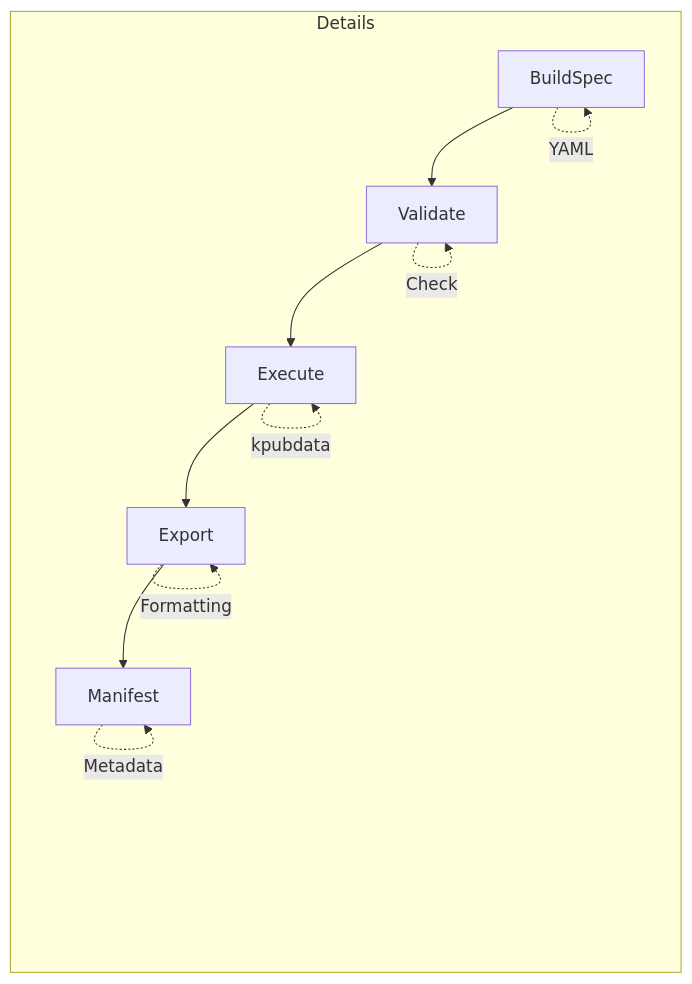
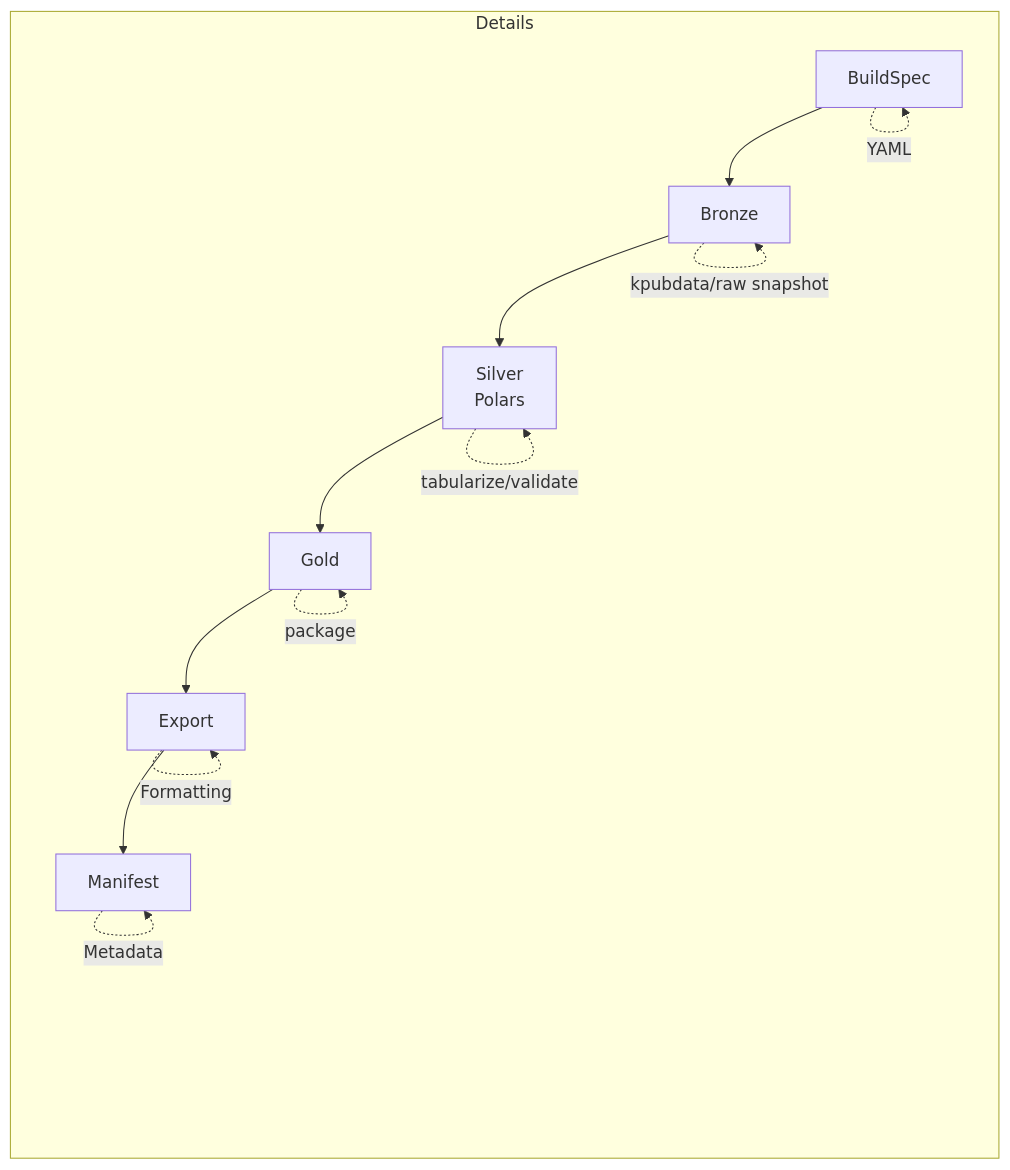
One commit to yeongseon/kpubdata-builder changed the first of 3 diagrams in AGENTS.md. Above: the diagram before and after it, drawn with Mermaid. The commit also changed other lines of this file and 1 other file, not shown here.

````diff
--- a/AGENTS.md
+++ b/AGENTS.md
@@ -68,15 +74,17 @@
 ```mermaid
 graph LR
-    BS[BuildSpec] --> V[Validate]
-    V --> E[Execute]
-    E --> EX[Export]
+    BS[BuildSpec] --> B[Bronze]
+    B --> S[Silver\nPolars]
+    S --> G[Gold]
+    G --> EX[Export]
     EX --> M[Manifest]
     
     subgraph "Details"
         BS -.-> |YAML| BS
-        V -.-> |Check| V
-        E -.-> |kpubdata| E
+        B -.-> |kpubdata/raw snapshot| B
+        S -.-> |tabularize/validate| S
+        G -.-> |package| G
         EX -.-> |Formatting| EX
         M -.-> |Metadata| M
     end
 ```
````
